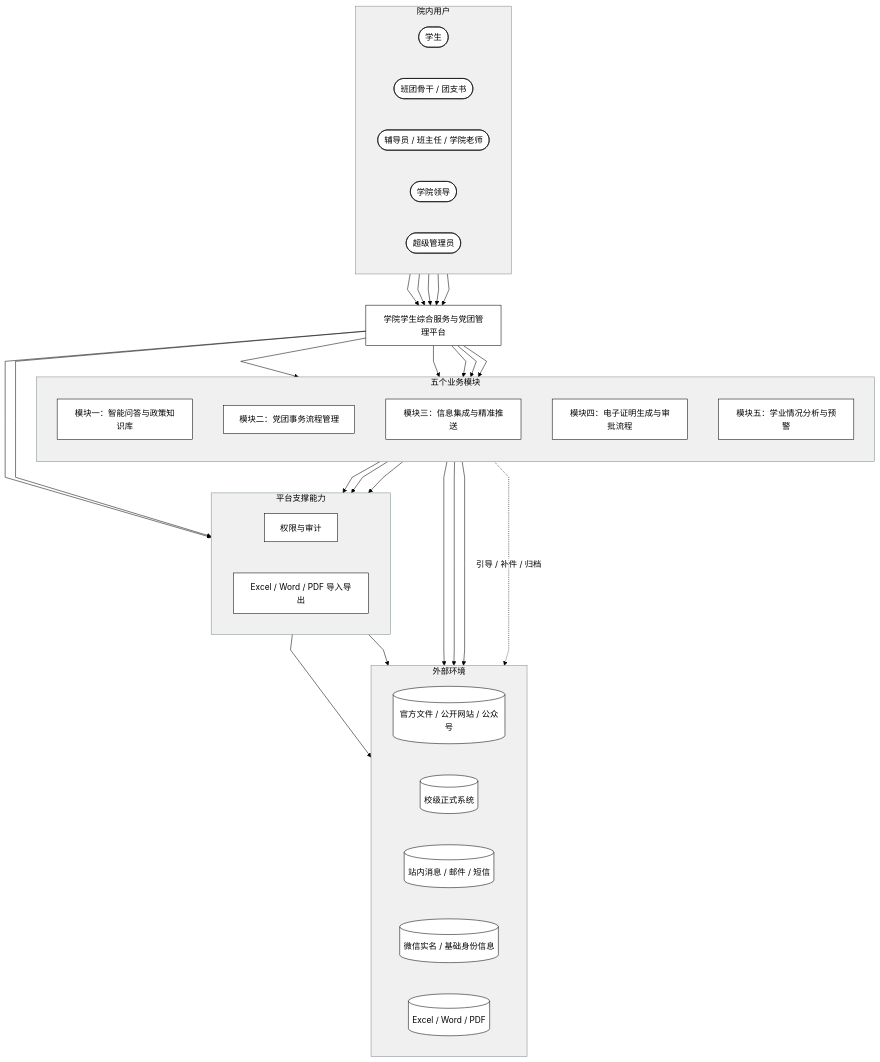
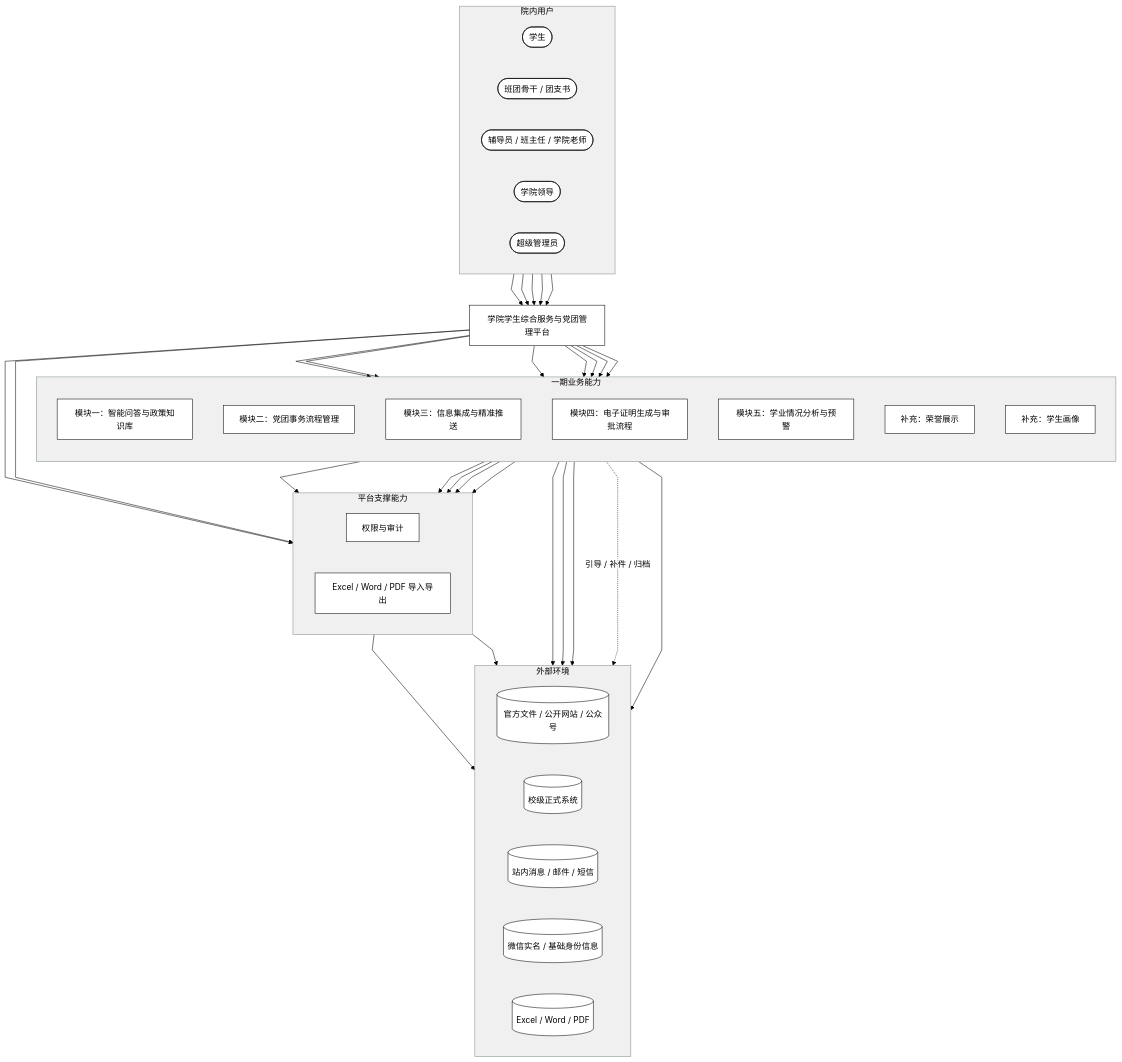
The diagram in docs/source/diagrams/mermaid/system-context.mmd (RUC-zlhz/super-ruc), drawn with Mermaid before and after one commit. The commit also changed 84 other files, not shown here.

```diff
--- a/docs/source/diagrams/mermaid/system-context.mmd
+++ b/docs/source/diagrams/mermaid/system-context.mmd
@@ -1,81 +1,88 @@
 %%{
   init: {
     "theme": "base",
     "themeVariables": {
       "fontFamily": "Times New Roman, SimSun, serif",
       "primaryColor": "#ffffff",
       "primaryBorderColor": "#000000",
       "primaryTextColor": "#000000",
       "lineColor": "#000000",
       "clusterBkg": "#f0f0f0",
       "clusterBorder": "#7f8c8d",
       "fontSize": "16px",
       "lineWidth": "2px"
     },
     "flowchart": {
       "curve": "linear",
       "nodeSpacing": 60,
       "rankSpacing": 60,
       "htmlLabels": false
     }
   }
 }%%
 flowchart TB
     subgraph Users[院内用户]
         direction LR
         Student([学生])
         Cadre([班团骨干 / 团支书])
         Teacher([辅导员 / 班主任 / 学院老师])
         Leader([学院领导])
         Admin([超级管理员])
     end
 
     Platform[学院学生综合服务与党团管理平台]
 
-    subgraph Capability[五个业务模块]
+    subgraph Capability[一期业务能力]
         direction TB
         M1[模块一：智能问答与政策知识库]
         M2[模块二：党团事务流程管理]
         M3[模块三：信息集成与精准推送]
         M4[模块四：电子证明生成与审批流程]
         M5[模块五：学业情况分析与预警]
+        M6[补充：荣誉展示]
+        M7[补充：学生画像]
     end
 
     subgraph Support[平台支撑能力]
         direction LR
         Audit[权限与审计]
         Exchange[Excel / Word / PDF 导入导出]
     end
 
     subgraph External[外部环境]
         direction LR
         Official[(官方文件 / 公开网站 / 公众号)]
         School[(校级正式系统)]
         Message[(站内消息 / 邮件 / 短信)]
         Identity[(微信实名 / 基础身份信息)]
         Files[(Excel / Word / PDF)]
     end
 
     Student --> Platform
     Cadre --> Platform
     Teacher --> Platform
     Leader --> Platform
     Admin --> Platform
 
     Platform --> M1
     Platform --> M2
     Platform --> M3
     Platform --> M4
     Platform --> M5
+    Platform --> M6
+    Platform --> M7
     Platform --> Audit
     Platform --> Exchange
 
     M1 --> Official
     M1 --> Exchange
     M3 --> Official
     M3 --> Message
     M4 --> Exchange
     Exchange --> Identity
     Exchange --> Files
     M4 -. 引导 / 补件 / 归档 .-> School
     M5 --> Exchange
+    M6 --> Exchange
+    M7 --> Exchange
+    M7 --> Identity
```
